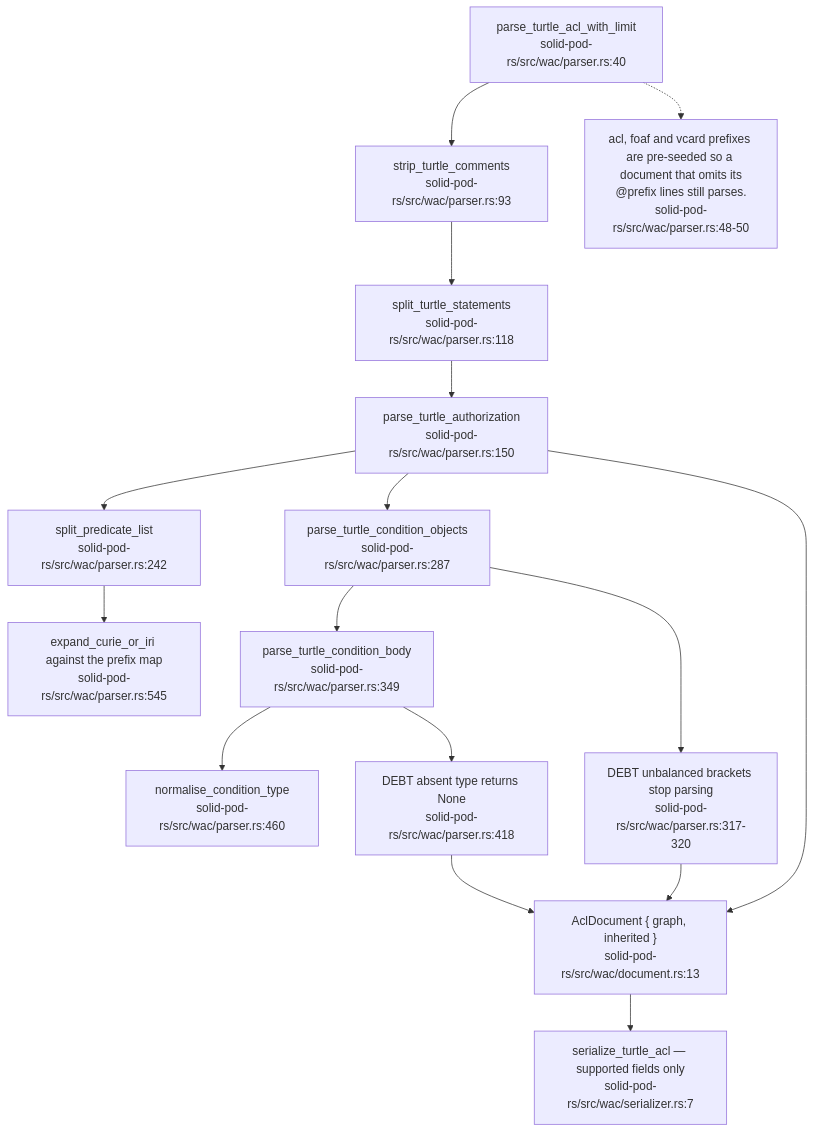
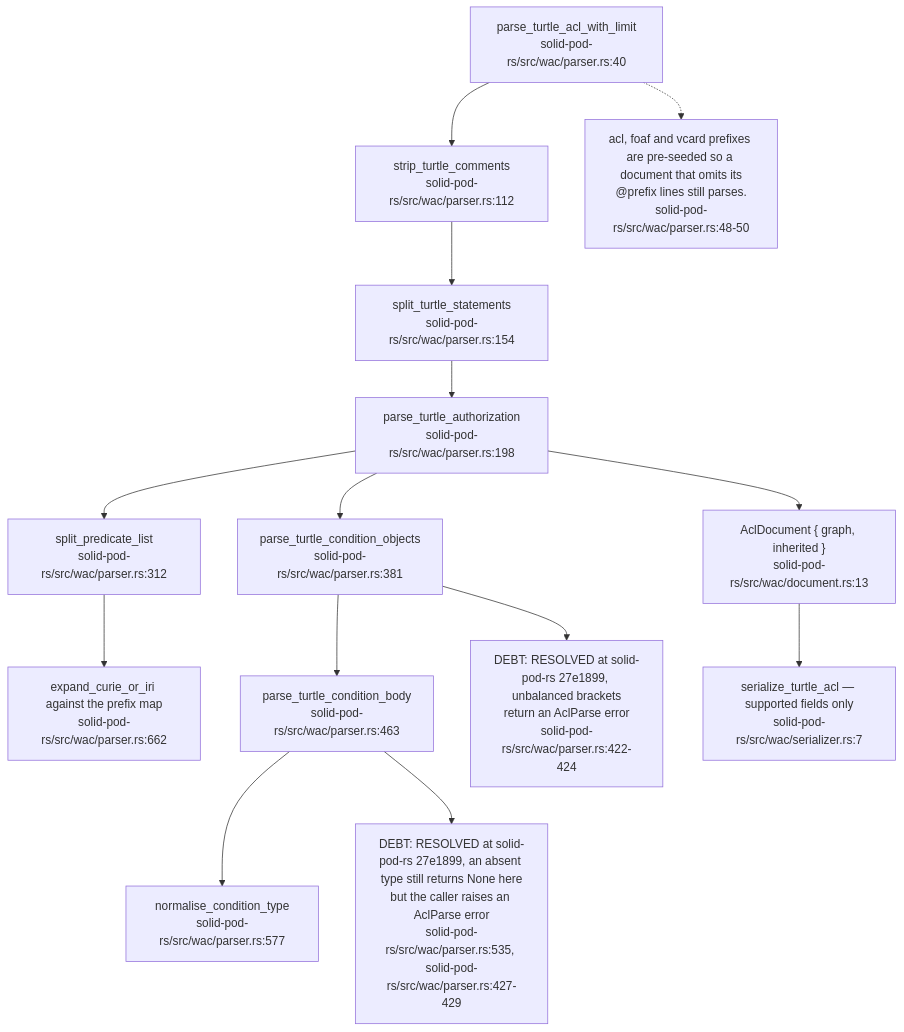
The tenth of 13 diagrams in docs/diagrams/solid-pod-rs/04-wac-authorisation.md (DreamLab-AI/VisionFlow), drawn with Mermaid before and after one commit. The commit also changed other lines of this file and 59 other files, not shown here.

First line of the commit message:
docs(diagrams): re-derive and re-stamp forum, website, pod, ontomark and sealmap topics

````diff
--- a/docs/diagrams/solid-pod-rs/04-wac-authorisation.md
+++ b/docs/diagrams/solid-pod-rs/04-wac-authorisation.md
@@ -341,27 +342,25 @@
 ```mermaid
 flowchart TD
     IN["parse_turtle_acl_with_limit<br/>solid-pod-rs/src/wac/parser.rs:40"]
-    STRIP["strip_turtle_comments<br/>solid-pod-rs/src/wac/parser.rs:93"]
-    SPLIT["split_turtle_statements<br/>solid-pod-rs/src/wac/parser.rs:118"]
-    AUTH["parse_turtle_authorization<br/>solid-pod-rs/src/wac/parser.rs:150"]
-    PRED["split_predicate_list<br/>solid-pod-rs/src/wac/parser.rs:242"]
-    COBJ["parse_turtle_condition_objects<br/>solid-pod-rs/src/wac/parser.rs:287"]
-    CBOD["parse_turtle_condition_body<br/>solid-pod-rs/src/wac/parser.rs:349"]
-    NORM["normalise_condition_type<br/>solid-pod-rs/src/wac/parser.rs:460"]
-    CURIE["expand_curie_or_iri against the prefix map<br/>solid-pod-rs/src/wac/parser.rs:545"]
+    STRIP["strip_turtle_comments<br/>solid-pod-rs/src/wac/parser.rs:112"]
+    SPLIT["split_turtle_statements<br/>solid-pod-rs/src/wac/parser.rs:154"]
+    AUTH["parse_turtle_authorization<br/>solid-pod-rs/src/wac/parser.rs:198"]
+    PRED["split_predicate_list<br/>solid-pod-rs/src/wac/parser.rs:312"]
+    COBJ["parse_turtle_condition_objects<br/>solid-pod-rs/src/wac/parser.rs:381"]
+    CBOD["parse_turtle_condition_body<br/>solid-pod-rs/src/wac/parser.rs:463"]
+    NORM["normalise_condition_type<br/>solid-pod-rs/src/wac/parser.rs:577"]
+    CURIE["expand_curie_or_iri against the prefix map<br/>solid-pod-rs/src/wac/parser.rs:662"]
     DOC["AclDocument { graph, inherited }<br/>solid-pod-rs/src/wac/document.rs:13"]
     SER["serialize_turtle_acl — supported fields only<br/>solid-pod-rs/src/wac/serializer.rs:7"]
 
     IN --> STRIP --> SPLIT --> AUTH
     AUTH --> PRED --> CURIE
     AUTH --> COBJ --> CBOD --> NORM
-    COBJ --> LOST["DEBT unbalanced brackets stop parsing<br/>solid-pod-rs/src/wac/parser.rs:317-320"]
-    CBOD --> LOST2["DEBT absent type returns None<br/>solid-pod-rs/src/wac/parser.rs:418"]
-    LOST --> DOC
-    LOST2 --> DOC
+    COBJ --> LOST["DEBT: RESOLVED at solid-pod-rs 27e1899, unbalanced brackets<br/>return an AclParse error<br/>solid-pod-rs/src/wac/parser.rs:422-424"]
+    CBOD --> LOST2["DEBT: RESOLVED at solid-pod-rs 27e1899, an absent type still returns None here<br/>but the caller raises an AclParse error<br/>solid-pod-rs/src/wac/parser.rs:535, solid-pod-rs/src/wac/parser.rs:427-429"]
     AUTH --> DOC
     DOC --> SER
 
     N["acl, foaf and vcard prefixes are pre-seeded so a document that omits its<br/>@prefix lines still parses.<br/>solid-pod-rs/src/wac/parser.rs:48-50"]
     IN -.-> N
 ```
````
